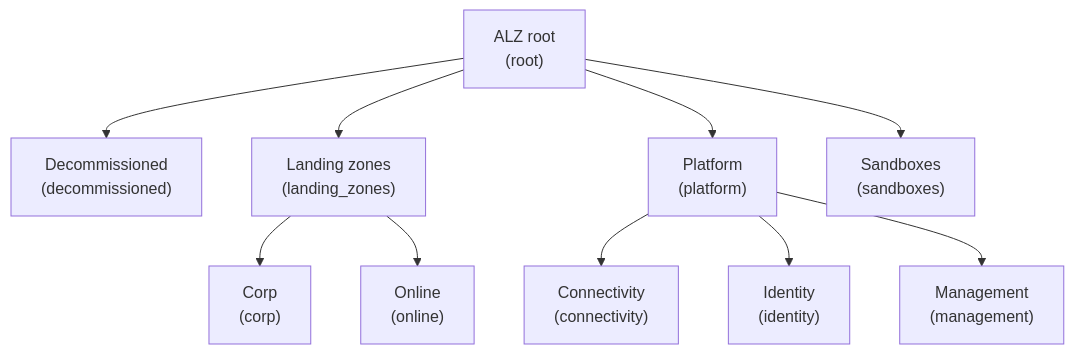
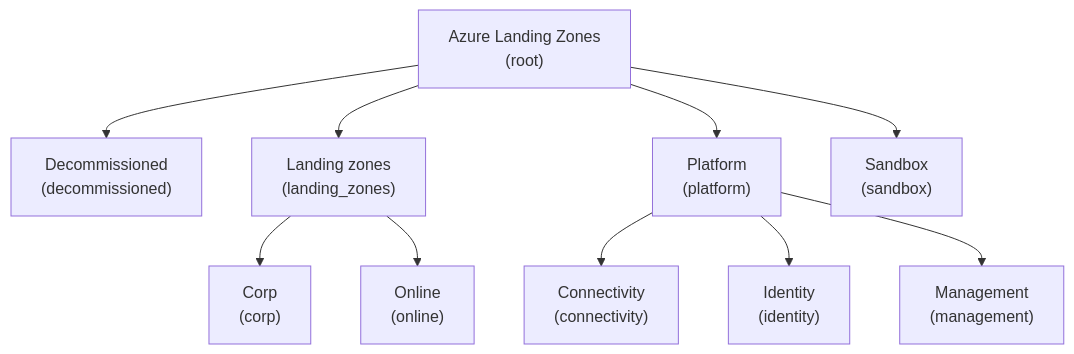
Before and after one commit to Azure/Azure-Landing-Zones-Library: the first of 2 diagrams in platform/fsi/README.md, drawn with Mermaid. The commit also changed other lines of this file and 5 other files, not shown here.

````diff
--- a/platform/fsi/README.md
+++ b/platform/fsi/README.md
@@ -31,33 +31,33 @@
 ```mermaid
 flowchart TD
-  alzroot["ALZ root
+  alz["Azure Landing Zones
 (root)"]
-  alzroot --> decommissioned
+  alz --> decommissioned
   decommissioned["Decommissioned
 (decommissioned)"]
-  alzroot --> landingzones
+  alz --> landingzones
   landingzones["Landing zones
 (landing_zones)"]
   landingzones --> corp
   corp["Corp
 (corp)"]
   landingzones --> online
   online["Online
 (online)"]
-  alzroot --> platform
+  alz --> platform
   platform["Platform
 (platform)"]
   platform --> connectivity
   connectivity["Connectivity
 (connectivity)"]
   platform --> identity
   identity["Identity
 (identity)"]
   platform --> management
   management["Management
 (management)"]
-  alzroot --> sandboxes
-  sandboxes["Sandboxes
-(sandboxes)"]
+  alz --> sandbox
+  sandbox["Sandbox
+(sandbox)"]
 
 ```
````
